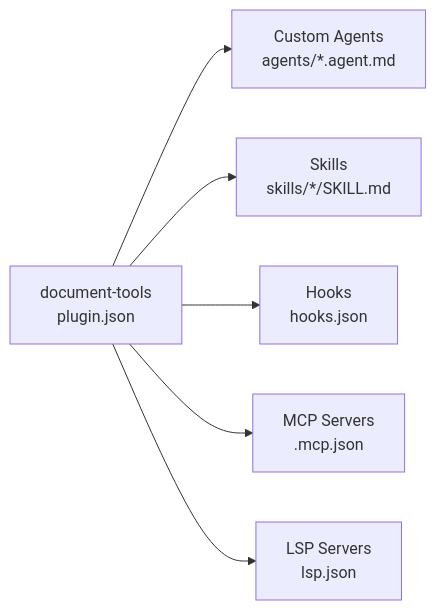
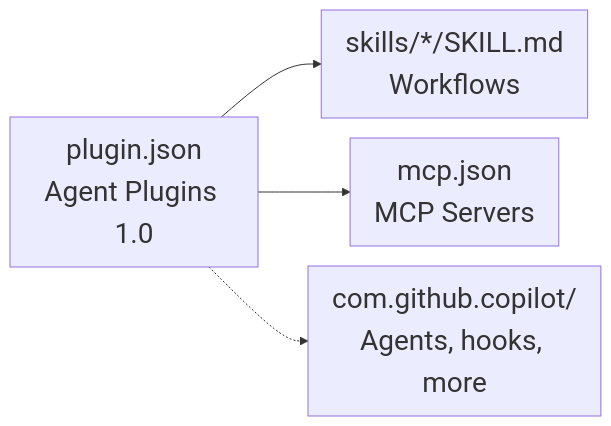
One commit to codebytes/agent-skills changed the diagram in slides/img/plugin-components.mmd. Above: the diagram before and after it, drawn with Mermaid. The commit also changed 27 other files, not shown here.

First line of the commit message:
Refine agent skills talk and cross-host demo (#8)

```diff
--- a/slides/img/plugin-components.mmd
+++ b/slides/img/plugin-components.mmd
@@ -1,7 +1,16 @@
+---
+config:
+  themeVariables:
+    fontSize: 28px
+  flowchart:
+    nodeSpacing: 20
+    padding: 12
+---
 flowchart LR
-    P[document-tools<br/>plugin.json]
-    P --> A[Custom Agents<br/>agents/*.agent.md]
-    P --> S[Skills<br/>skills/*/SKILL.md]
-    P --> H[Hooks<br/>hooks.json]
-    P --> M[MCP Servers<br/>.mcp.json]
-    P --> L[LSP Servers<br/>lsp.json]
+    accTitle: Portable plugin core and Copilot-specific components
+    accDescr: Agent Plugins 1.0 discovers skills and MCP configuration from fixed locations. Copilot-specific agents, hooks, rules, commands, and LSP configuration live in a separate namespace.
+    P[plugin.json<br/>Agent Plugins 1.0]
+    P --> S[skills/*/SKILL.md<br/>Workflows]
+    P --> M[mcp.json<br/>MCP Servers]
+    P -.-> C[com.github.copilot/<br/>Agents, hooks, more]
+    %% Source: https://agent-plugins.org/specification
```
